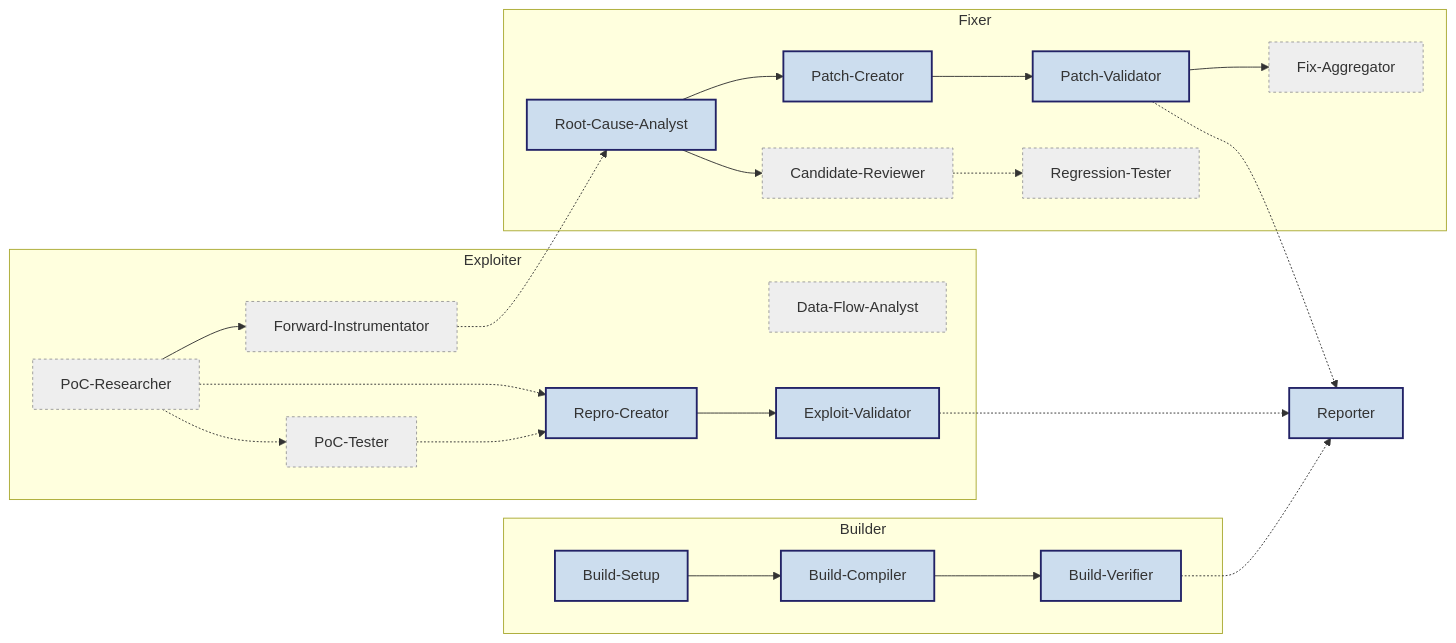
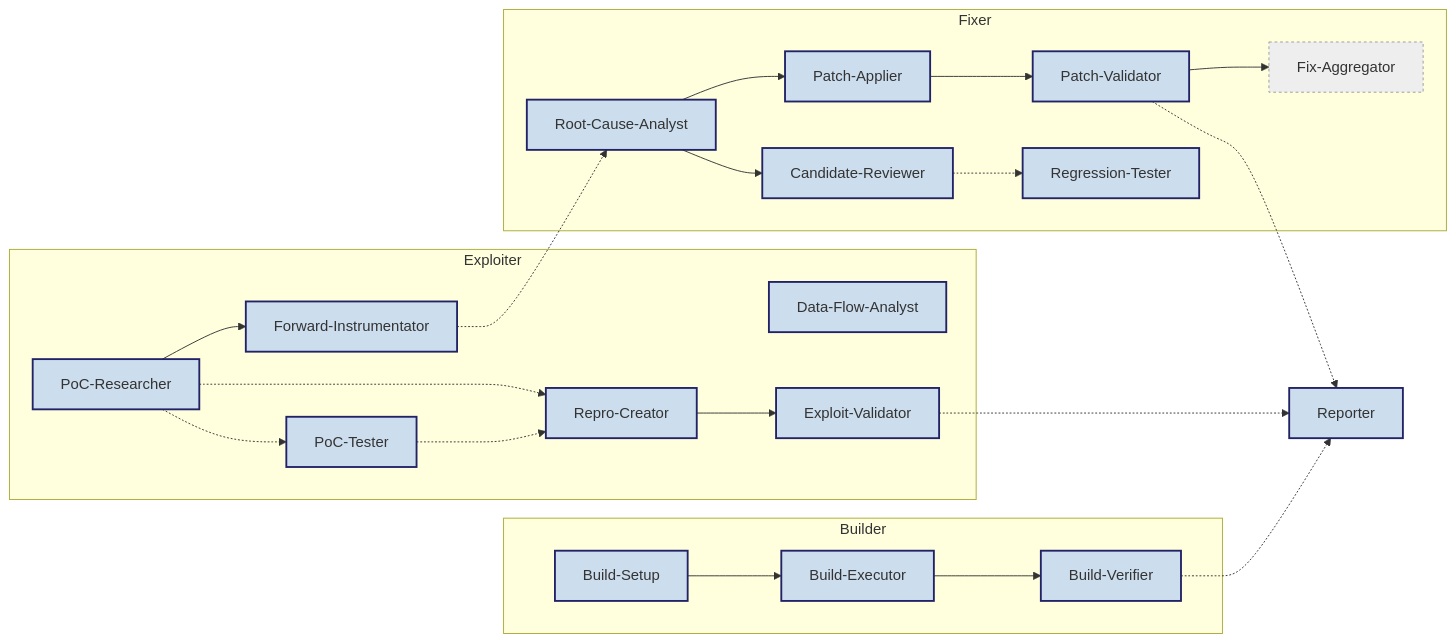
The third of 4 diagrams in SYSTEM_REFERENCE.md (arise-ai-security/arise-sec-lion), drawn with Mermaid before and after one commit. The commit also changed other lines of this file and 6 other files, not shown here.

````diff
--- a/SYSTEM_REFERENCE.md
+++ b/SYSTEM_REFERENCE.md
@@ -478,28 +483,27 @@
 ```mermaid
 graph LR
   subgraph Builder
-    BS[Build-Setup]:::req --> BC[Build-Compiler]:::req --> BV[Build-Verifier]:::req
+    BS[Build-Setup]:::req --> BE[Build-Executor]:::req --> BV[Build-Verifier]:::req
   end
   subgraph Exploiter
-    PR[PoC-Researcher]:::opt --> FI[Forward-Instrumentator]:::opt
-    DFA[Data-Flow-Analyst]:::opt
-    PT[PoC-Tester]:::opt
+    PR[PoC-Researcher]:::req --> FI[Forward-Instrumentator]:::req
+    DFA[Data-Flow-Analyst]:::req
+    PT[PoC-Tester]:::req
     RC[Repro-Creator]:::req --> EV[Exploit-Validator]:::req
     PR -.-> PT
     PR -.-> RC
     PT -.-> RC
   end
   subgraph Fixer
-    RCA[Root-Cause-Analyst]:::req --> CR[Candidate-Reviewer]:::opt
-    RCA --> PC[Patch-Creator]:::req --> PV[Patch-Validator]:::req --> FA[Fix-Aggregator]:::opt
-    RT[Regression-Tester]:::opt
+    RCA[Root-Cause-Analyst]:::req --> CR[Candidate-Reviewer]:::req
+    RCA --> PA[Patch-Applier]:::req --> PV[Patch-Validator]:::req --> FA[Fix-Aggregator]:::opt
+    CR -.-> RT[Regression-Tester]:::req
     FI -.-> RCA
-    CR -.-> RT
   end
   REP[Reporter]:::req
   PV -.-> REP
   EV -.-> REP
   BV -.-> REP
   classDef req fill:#cde,stroke:#226,stroke-width:2px;
   classDef opt fill:#eee,stroke:#999,stroke-dasharray:3 3;
 ```
````
